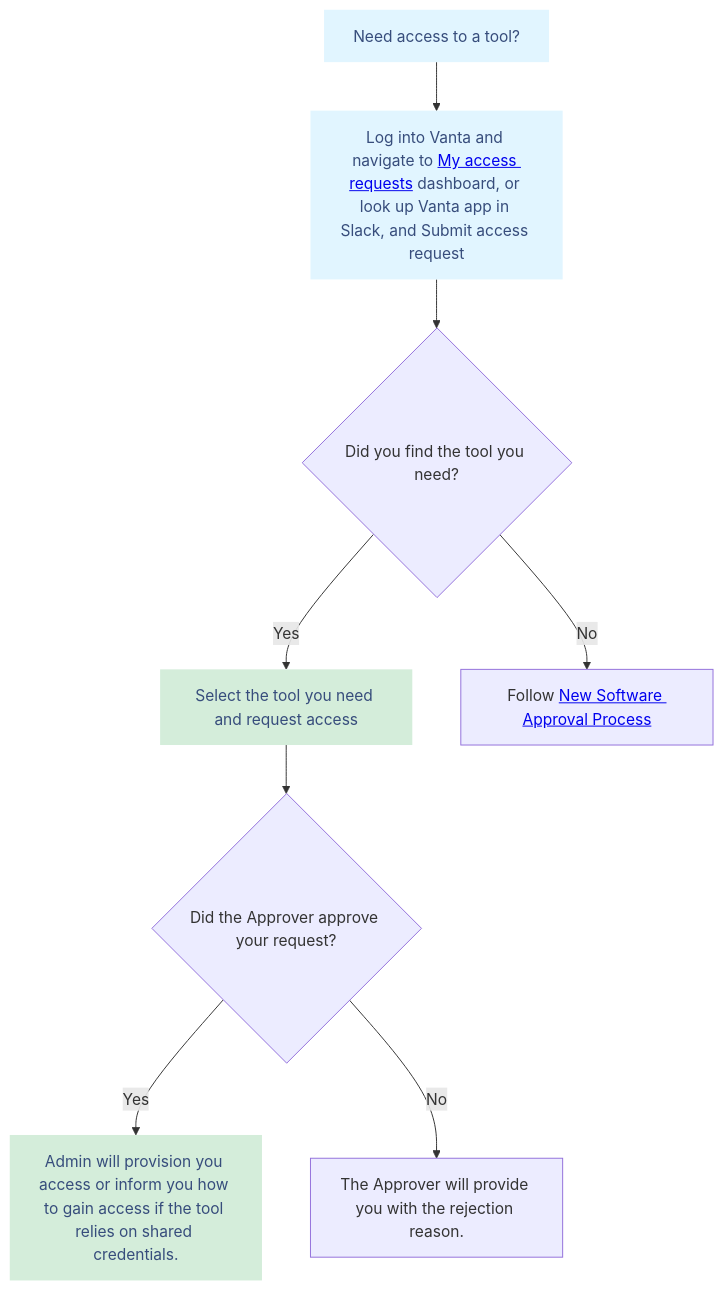
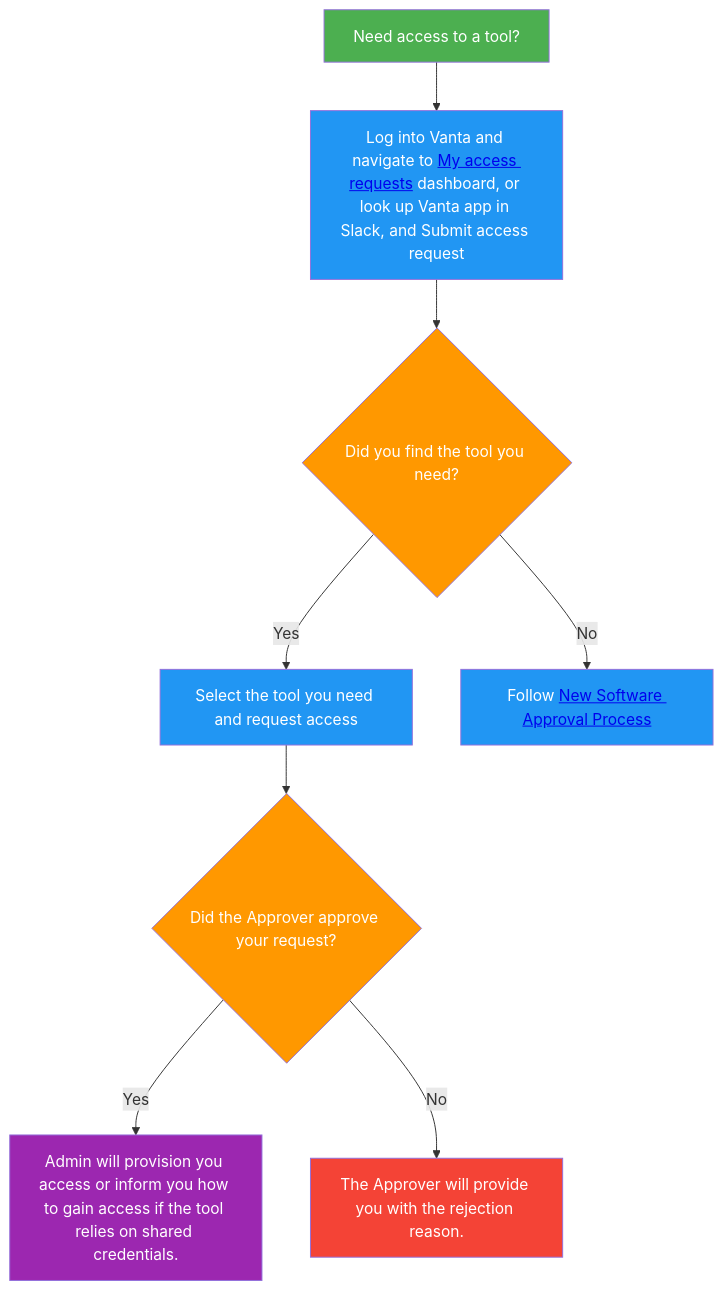
Before and after one commit to ultralytics/handbook: the diagram in docs/en/tools/software.md, drawn with Mermaid. The commit also changed 16 other files, not shown here.

Commit message:
Standardize Mermaid diagram colors (#302)

````diff
--- a/docs/en/tools/software.md
+++ b/docs/en/tools/software.md
@@ -90,28 +90,22 @@
 ```mermaid
 flowchart TD
-A@{ label: "Log into Vanta and navigate to <a href='https://app.vanta.com/c/ultralytics/access/systems/request'>My access requests</a> dashboard, or look up Vanta app in Slack, and Submit access request" } --> B{"Did you find the tool you need?"}
-    B -- Yes --> C["Select the tool you need and request access"]
-    B -- No --> D["Follow <a href='https://handbook.ultralytics.com/tools/software/#3-software-approval-vendor-lifecycle'>New Software Approval Process</a>"]
-    n3["Need access to a tool?"] --> A
-    C --> n4["Did the Approver approve your request?"]
-    n4 -- Yes --> n1["Admin will provision you access or inform you how to gain access if the tool relies on shared credentials."]
-    n4 -- No --> n5["The Approver will provide you with the rejection reason."]
+A@{ label: "Log into Vanta and navigate to <a href='https://app.vanta.com/c/ultralytics/access/systems/request'>My access requests</a> dashboard, or look up Vanta app in Slack, and Submit access request" } --> B{"Did you find the tool you need?"}:::decide
+    B -- Yes --> C["Select the tool you need and request access"]:::proc
+    B -- No --> D["Follow <a href='https://handbook.ultralytics.com/tools/software/#3-software-approval-vendor-lifecycle'>New Software Approval Process</a>"]:::proc
+    n3["Need access to a tool?"]:::start --> A
+    C --> n4["Did the Approver approve your request?"]:::decide
+    n4 -- Yes --> n1["Admin will provision you access or inform you how to gain access if the tool relies on shared credentials."]:::out
+    n4 -- No --> n5["The Approver will provide you with the rejection reason."]:::error
 
     A@{ shape: rect}
     n3@{ shape: rect}
     n4@{ shape: diam}
     n5@{ shape: rect}
 
-    A:::Sky
-    C:::Sky
-    n3:::Sky
-    n1:::Pine
-
-    classDef Pine stroke-width:1px, stroke-dasharray:none, stroke:#254336, fill:#27654A, color:#374D7C
-    classDef Sky stroke-width:1px, stroke-dasharray:none, stroke:#374D7C, fill:#E2EBFF, color:#374D7C
-
-    style A fill:#e1f5ff,stroke:none
-    style C fill:#d4edda,stroke:none,color:#374D7C
-    style n3 fill:#e1f5ff,stroke:none
-    style n1 fill:#d4edda,stroke:none,color:#374D7C
+    A:::proc
+    classDef start fill:#4CAF50,color:#fff
+    classDef proc fill:#2196F3,color:#fff
+    classDef decide fill:#FF9800,color:#fff
+    classDef out fill:#9C27B0,color:#fff
+    classDef error fill:#F44336,color:#fff
 ```
````
